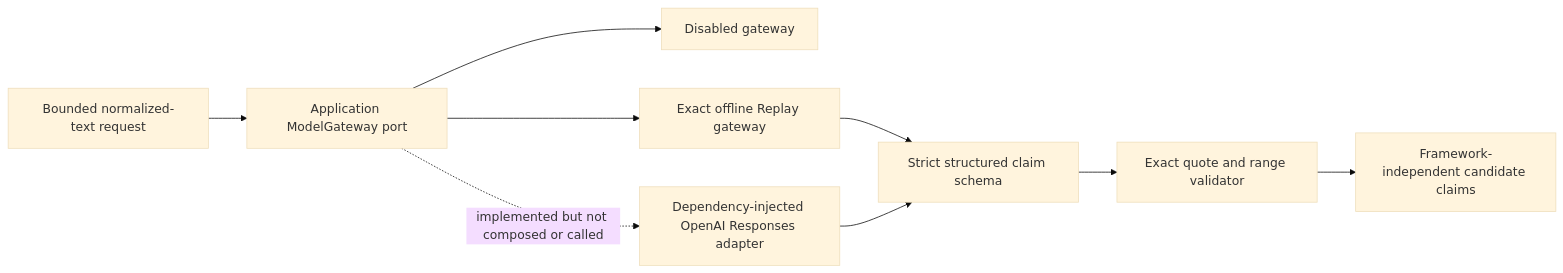
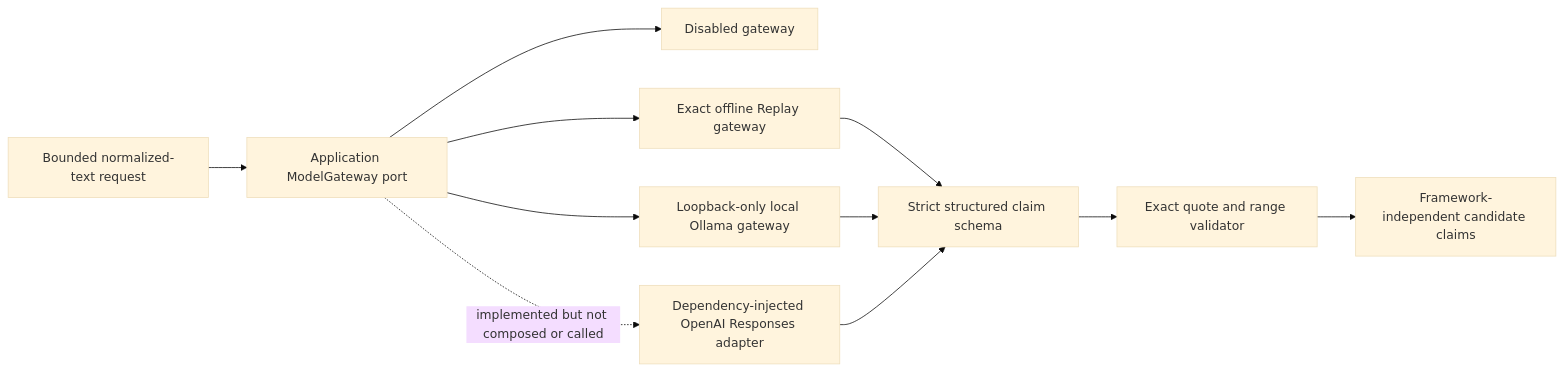
Diagram 11 of 23 in docs/architecture/system-architecture.md (Wenqi77Zhang/GameCrafter-Agent), drawn with Mermaid (base theme) before and after one commit. The commit also changed other lines of this file and 44 other files, not shown here.

````diff
--- a/docs/architecture/system-architecture.md
+++ b/docs/architecture/system-architecture.md
@@ -325,17 +367,19 @@
 ```mermaid
 flowchart LR
     REQUEST["Bounded normalized-text request"]
     PORT["Application ModelGateway port"]
     DISABLED["Disabled gateway"]
     REPLAY["Exact offline Replay gateway"]
+    OLLAMA["Loopback-only local Ollama gateway"]
     OPENAI["Dependency-injected OpenAI Responses adapter"]
     SCHEMA["Strict structured claim schema"]
     EVIDENCE["Exact quote and range validator"]
     CANDIDATE["Framework-independent candidate claims"]
 
     REQUEST --> PORT
     PORT --> DISABLED
     PORT --> REPLAY --> SCHEMA
+    PORT --> OLLAMA --> SCHEMA
     PORT -. "implemented but not composed or called" .-> OPENAI --> SCHEMA
     SCHEMA --> EVIDENCE --> CANDIDATE
 ```
````
